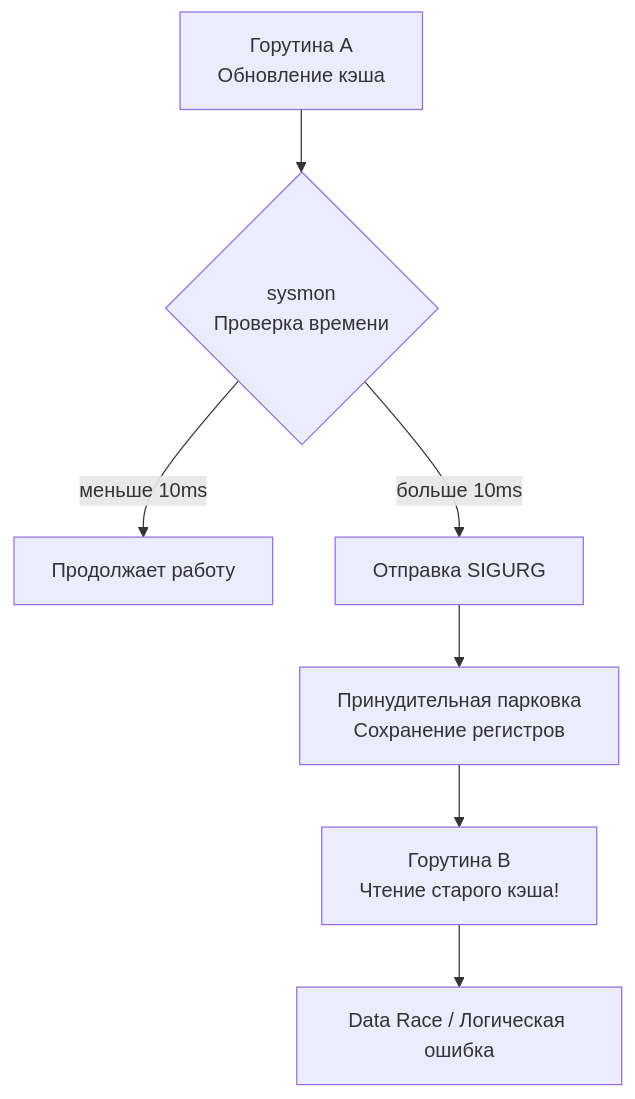
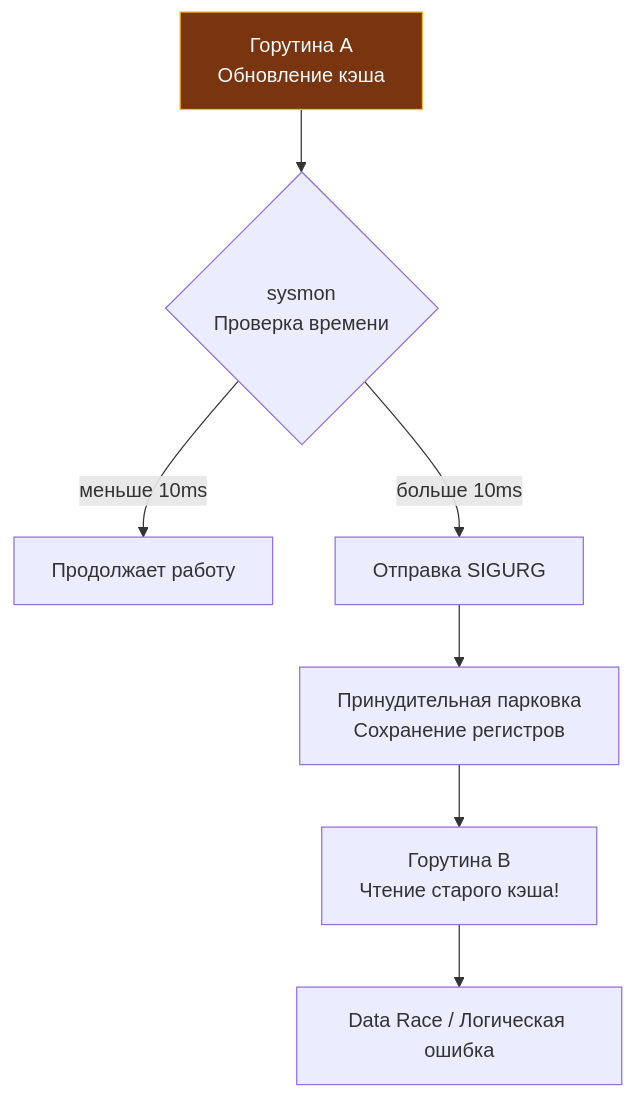
The diagram in sources/15. Тестирование в Go (QA & Testing)/07. Конкурентность/7. Deterministic concurrency testing.md (UnrealTemplier/go-textbook), drawn with Mermaid before and after one commit. The commit also changed 1666 other files, not shown here.

First line of the commit message:
feat(mermaid): add semantic color classDef to 1369 colorless flowchart/graph diagrams

````diff
--- a/sources/15. Тестирование в Go (QA & Testing)/07. Конкурентность/7. Deterministic concurrency testing.md
+++ b/sources/15. Тестирование в Go (QA & Testing)/07. Конкурентность/7. Deterministic concurrency testing.md
@@ -29,9 +29,19 @@
 ```mermaid
 flowchart TD
-    A["Горутина A<br>Обновление кэша"] --> B{"sysmon<br>Проверка времени"}
+    classDef process  fill:#1e293b,stroke:#38bdf8,stroke-width:1px,color:#f8fafc
+    classDef success  fill:#064e3b,stroke:#34d399,stroke-width:1px,color:#f8fafc
+    classDef error    fill:#7f1d1d,stroke:#f87171,stroke-width:1px,color:#f8fafc
+    classDef warning  fill:#78350f,stroke:#fbbf24,stroke-width:1px,color:#f8fafc
+    classDef entry    fill:#1e3a5f,stroke:#38bdf8,stroke-width:2px,color:#f8fafc
+    classDef aux      fill:#334155,stroke:#64748b,stroke-width:1px,color:#f8fafc
+    classDef system   fill:#312e81,stroke:#a78bfa,stroke-width:1px,color:#f8fafc
+    classDef data     fill:#132d29,stroke:#2dd4bf,stroke-width:1px,color:#f8fafc
+    classDef network  fill:#881337,stroke:#fb7185,stroke-width:1px,color:#f8fafc
+    classDef accent   fill:#1e1b4b,stroke:#818cf8,stroke-width:1px,color:#f8fafc
+    A["Горутина A<br>Обновление кэша"]:::warning --> B{"sysmon<br>Проверка времени"}
     B -->|"меньше 10ms"| C["Продолжает работу"]
     B -->|"больше 10ms"| D["Отправка SIGURG"]
     D --> E["Принудительная парковка<br>Сохранение регистров"]
     E --> F["Горутина B<br>Чтение старого кэша!"]
     F --> G["Data Race / Логическая ошибка"]
 ```
````
